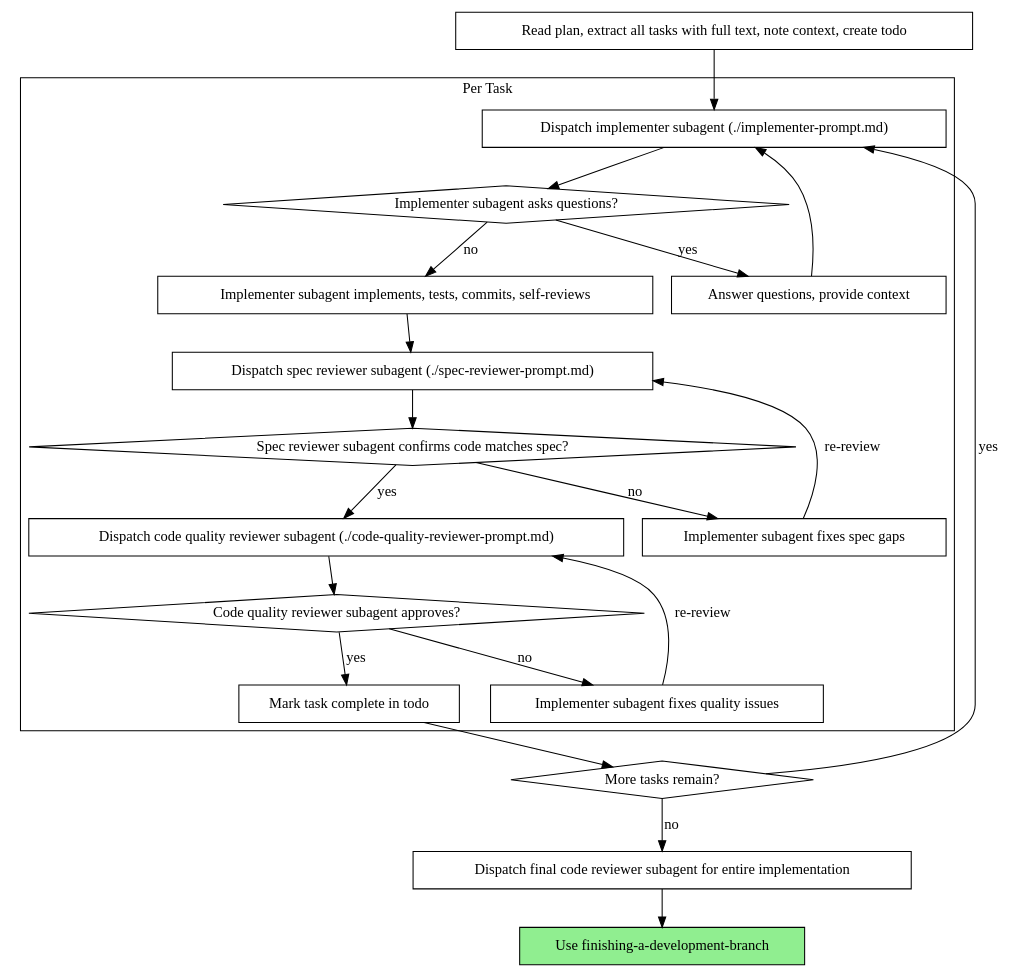
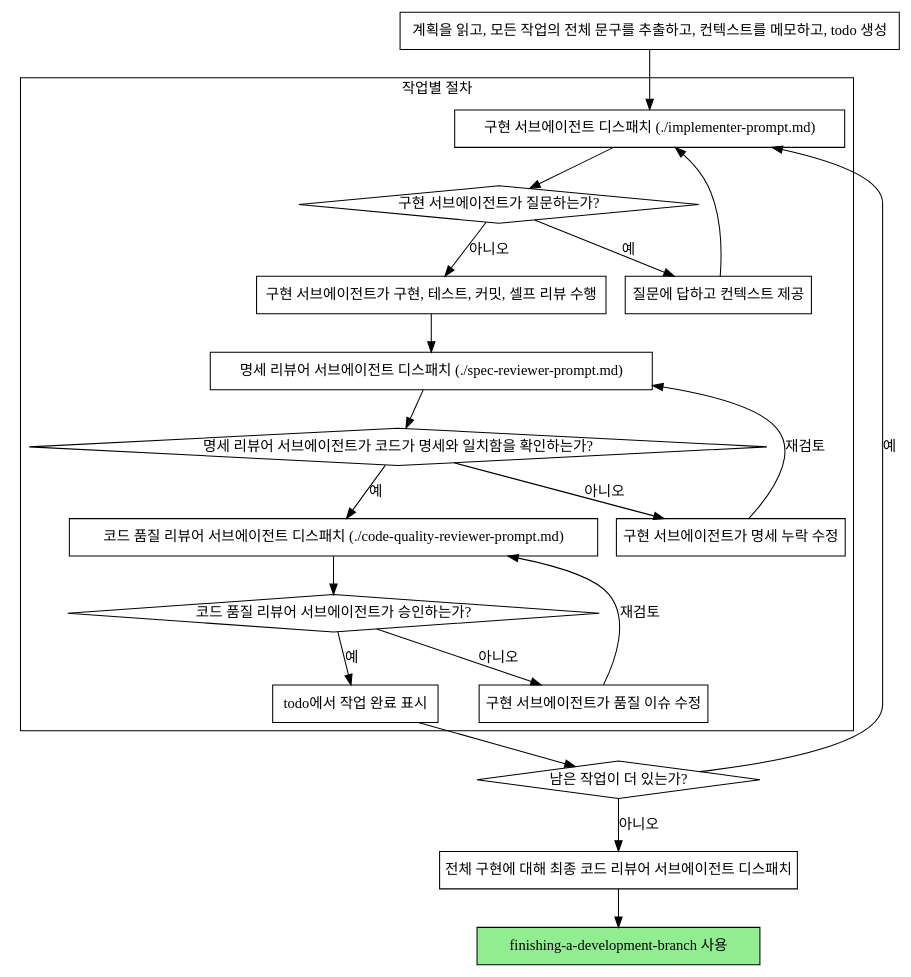
The second of 2 diagrams in 02_SKILLS/subagent-driven-development/SKILL.md (SpaceTime52/pi), drawn with Graphviz before and after one commit. The commit also changed other lines of this file and 38 other files, not shown here.

````diff
--- a/02_SKILLS/subagent-driven-development/SKILL.md
+++ b/02_SKILLS/subagent-driven-development/SKILL.md
@@ -42,44 +42,44 @@
 ```dot
 digraph process {
     rankdir=TB;
 
     subgraph cluster_per_task {
-        label="Per Task";
-        "Dispatch implementer subagent (./implementer-prompt.md)" [shape=box];
-        "Implementer subagent asks questions?" [shape=diamond];
-        "Answer questions, provide context" [shape=box];
-        "Implementer subagent implements, tests, commits, self-reviews" [shape=box];
-        "Dispatch spec reviewer subagent (./spec-reviewer-prompt.md)" [shape=box];
-        "Spec reviewer subagent confirms code matches spec?" [shape=diamond];
-        "Implementer subagent fixes spec gaps" [shape=box];
-        "Dispatch code quality reviewer subagent (./code-quality-reviewer-prompt.md)" [shape=box];
-        "Code quality reviewer subagent approves?" [shape=diamond];
-        "Implementer subagent fixes quality issues" [shape=box];
-        "Mark task complete in todo" [shape=box];
+        label="작업별 절차";
+        "구현 서브에이전트 디스패치 (./implementer-prompt.md)" [shape=box];
+        "구현 서브에이전트가 질문하는가?" [shape=diamond];
+        "질문에 답하고 컨텍스트 제공" [shape=box];
+        "구현 서브에이전트가 구현, 테스트, 커밋, 셀프 리뷰 수행" [shape=box];
+        "명세 리뷰어 서브에이전트 디스패치 (./spec-reviewer-prompt.md)" [shape=box];
+        "명세 리뷰어 서브에이전트가 코드가 명세와 일치함을 확인하는가?" [shape=diamond];
+        "구현 서브에이전트가 명세 누락 수정" [shape=box];
+        "코드 품질 리뷰어 서브에이전트 디스패치 (./code-quality-reviewer-prompt.md)" [shape=box];
+        "코드 품질 리뷰어 서브에이전트가 승인하는가?" [shape=diamond];
+        "구현 서브에이전트가 품질 이슈 수정" [shape=box];
+        "todo에서 작업 완료 표시" [shape=box];
     }
 
-    "Read plan, extract all tasks with full text, note context, create todo" [shape=box];
-    "More tasks remain?" [shape=diamond];
-    "Dispatch final code reviewer subagent for entire implementation" [shape=box];
-    "Use finishing-a-development-branch" [shape=box style=filled fillcolor=lightgreen];
+    "계획을 읽고, 모든 작업의 전체 문구를 추출하고, 컨텍스트를 메모하고, todo 생성" [shape=box];
+    "남은 작업이 더 있는가?" [shape=diamond];
+    "전체 구현에 대해 최종 코드 리뷰어 서브에이전트 디스패치" [shape=box];
+    "finishing-a-development-branch 사용" [shape=box style=filled fillcolor=lightgreen];
 
-    "Read plan, extract all tasks with full text, note context, create todo" -> "Dispatch implementer subagent (./implementer-prompt.md)";
-    "Dispatch implementer subagent (./implementer-prompt.md)" -> "Implementer subagent asks questions?";
-    "Implementer subagent asks questions?" -> "Answer questions, provide context" [label="yes"];
-    "Answer questions, provide context" -> "Dispatch implementer subagent (./implementer-prompt.md)";
-    "Implementer subagent asks questions?" -> "Implementer subagent implements, tests, commits, self-reviews" [label="no"];
-    "Implementer subagent implements, tests, commits, self-reviews" -> "Dispatch spec reviewer subagent (./spec-reviewer-prompt.md)";
-    "Dispatch spec reviewer subagent (./spec-reviewer-prompt.md)" -> "Spec reviewer subagent confirms code matches spec?";
-    "Spec reviewer subagent confirms code matches spec?" -> "Implementer subagent fixes spec gaps" [label="no"];
-    "Implementer subagent fixes spec gaps" -> "Dispatch spec reviewer subagent (./spec-reviewer-prompt.md)" [label="re-review"];
-    "Spec reviewer subagent confirms code matches spec?" -> "Dispatch code quality reviewer subagent (./code-quality-reviewer-prompt.md)" [label="yes"];
-    "Dispatch code quality reviewer subagent (./code-quality-reviewer-prompt.md)" -> "Code quality reviewer subagent approves?";
-    "Code quality reviewer subagent approves?" -> "Implementer subagent fixes quality issues" [label="no"];
-    "Implementer subagent fixes quality issues" -> "Dispatch code quality reviewer subagent (./code-quality-reviewer-prompt.md)" [label="re-review"];
-    "Code quality reviewer subagent approves?" -> "Mark task complete in todo" [label="yes"];
-    "Mark task complete in todo" -> "More tasks remain?";
-    "More tasks remain?" -> "Dispatch implementer subagent (./implementer-prompt.md)" [label="yes"];
-    "More tasks remain?" -> "Dispatch final code reviewer subagent for entire implementation" [label="no"];
-    "Dispatch final code reviewer subagent for entire implementation" -> "Use finishing-a-development-branch";
+    "계획을 읽고, 모든 작업의 전체 문구를 추출하고, 컨텍스트를 메모하고, todo 생성" -> "구현 서브에이전트 디스패치 (./implementer-prompt.md)";
+    "구현 서브에이전트 디스패치 (./implementer-prompt.md)" -> "구현 서브에이전트가 질문하는가?";
+    "구현 서브에이전트가 질문하는가?" -> "질문에 답하고 컨텍스트 제공" [label="예"];
+    "질문에 답하고 컨텍스트 제공" -> "구현 서브에이전트 디스패치 (./implementer-prompt.md)";
+    "구현 서브에이전트가 질문하는가?" -> "구현 서브에이전트가 구현, 테스트, 커밋, 셀프 리뷰 수행" [label="아니오"];
+    "구현 서브에이전트가 구현, 테스트, 커밋, 셀프 리뷰 수행" -> "명세 리뷰어 서브에이전트 디스패치 (./spec-reviewer-prompt.md)";
+    "명세 리뷰어 서브에이전트 디스패치 (./spec-reviewer-prompt.md)" -> "명세 리뷰어 서브에이전트가 코드가 명세와 일치함을 확인하는가?";
+    "명세 리뷰어 서브에이전트가 코드가 명세와 일치함을 확인하는가?" -> "구현 서브에이전트가 명세 누락 수정" [label="아니오"];
+    "구현 서브에이전트가 명세 누락 수정" -> "명세 리뷰어 서브에이전트 디스패치 (./spec-reviewer-prompt.md)" [label="재검토"];
+    "명세 리뷰어 서브에이전트가 코드가 명세와 일치함을 확인하는가?" -> "코드 품질 리뷰어 서브에이전트 디스패치 (./code-quality-reviewer-prompt.md)" [label="예"];
+    "코드 품질 리뷰어 서브에이전트 디스패치 (./code-quality-reviewer-prompt.md)" -> "코드 품질 리뷰어 서브에이전트가 승인하는가?";
+    "코드 품질 리뷰어 서브에이전트가 승인하는가?" -> "구현 서브에이전트가 품질 이슈 수정" [label="아니오"];
+    "구현 서브에이전트가 품질 이슈 수정" -> "코드 품질 리뷰어 서브에이전트 디스패치 (./code-quality-reviewer-prompt.md)" [label="재검토"];
+    "코드 품질 리뷰어 서브에이전트가 승인하는가?" -> "todo에서 작업 완료 표시" [label="예"];
+    "todo에서 작업 완료 표시" -> "남은 작업이 더 있는가?";
+    "남은 작업이 더 있는가?" -> "구현 서브에이전트 디스패치 (./implementer-prompt.md)" [label="예"];
+    "남은 작업이 더 있는가?" -> "전체 구현에 대해 최종 코드 리뷰어 서브에이전트 디스패치" [label="아니오"];
+    "전체 구현에 대해 최종 코드 리뷰어 서브에이전트 디스패치" -> "finishing-a-development-branch 사용";
 }
 ```
````
